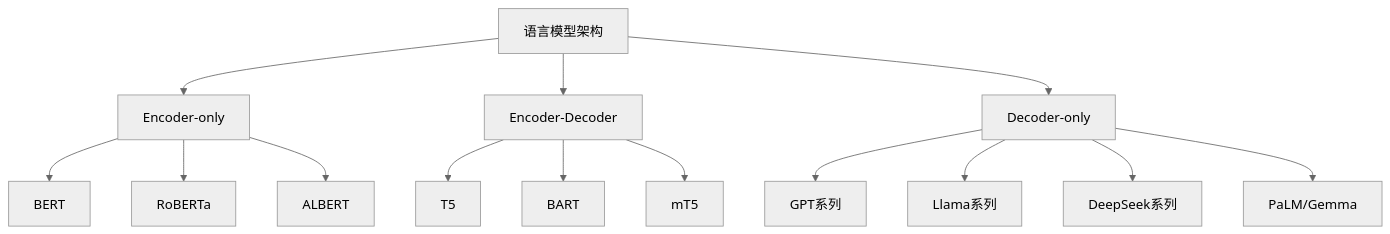
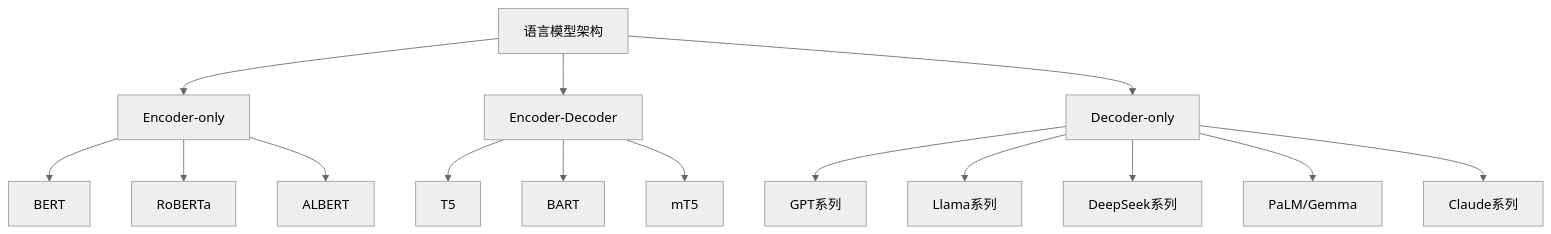
One commit to kyksj-1/LLM-from-0 changed the third of 18 diagrams in 00_overview/README.md. Above: the diagram before and after it, drawn with Mermaid (neutral theme). The commit also changed other lines of this file and 2 other files, not shown here.

````diff
--- a/00_overview/README.md
+++ b/00_overview/README.md
@@ -128,19 +130,20 @@
 ```mermaid
 graph TB
     A[语言模型架构] --> B[Encoder-only]
     A --> C[Encoder-Decoder]
     A --> D[Decoder-only]
     
     B --> B1[BERT]
     B --> B2[RoBERTa]
     B --> B3[ALBERT]
     
     C --> C1[T5]
     C --> C2[BART]
     C --> C3[mT5]
     
     D --> D1[GPT系列]
     D --> D2[Llama系列]
     D --> D3[DeepSeek系列]
     D --> D4[PaLM/Gemma]
+    D --> D5[Claude系列]
 ```
````
